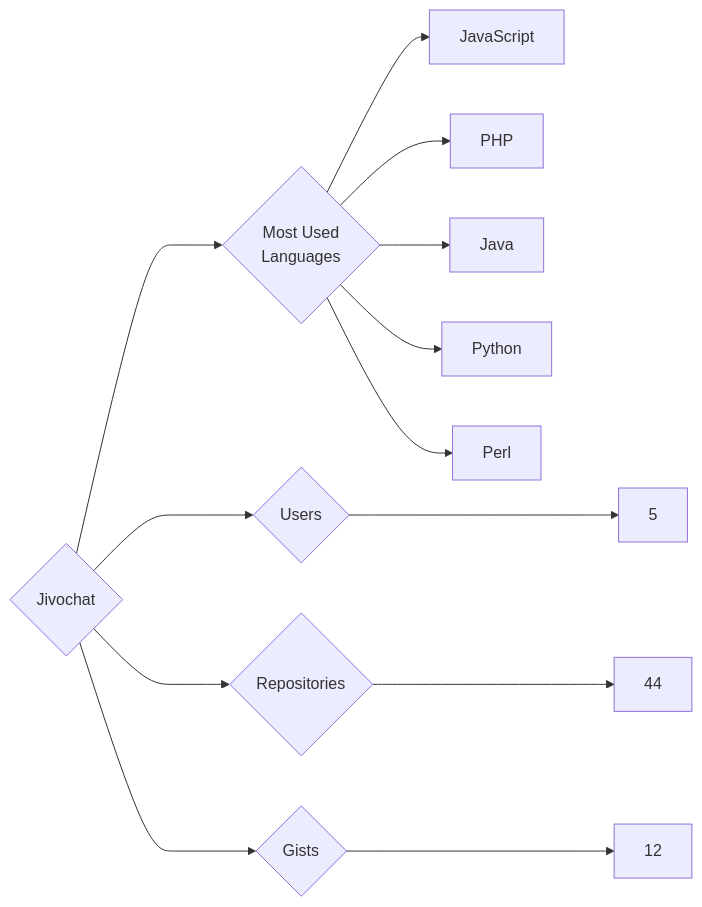
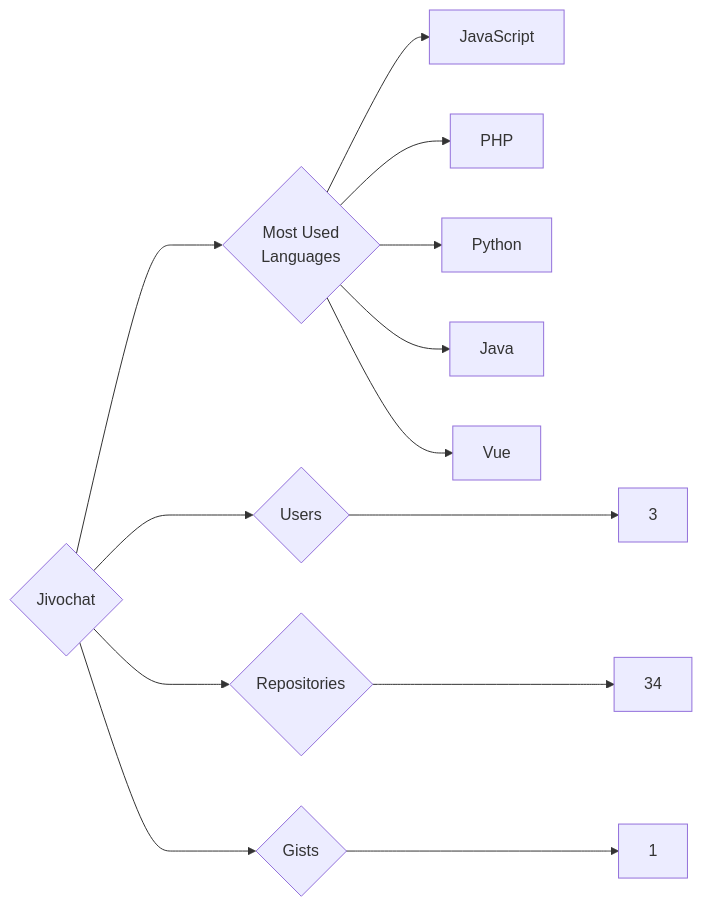
One commit to trickest/insiders changed the diagram in targets/Jivochat/README.md. Above: the diagram before and after it, drawn with Mermaid. The commit also changed 809 other files, not shown here.

````diff
--- a/targets/Jivochat/README.md
+++ b/targets/Jivochat/README.md
@@ -3,13 +3,13 @@
 ```mermaid
 graph LR
 COMPANY_NAME{Jivochat}
-COMPANY_NAME ---> U{Users} ---> UN[5]
-COMPANY_NAME ---> R{Repositories} ---> RN[44]
-COMPANY_NAME ---> G{Gists} ---> GN[12]
+COMPANY_NAME ---> U{Users} ---> UN[3]
+COMPANY_NAME ---> R{Repositories} ---> RN[34]
+COMPANY_NAME ---> G{Gists} ---> GN[1]
 COMPANY_NAME ---> ML{Most Used<br>Languages}
 ML --> JavaScript[JavaScript]
 ML --> PHP[PHP]
+ML --> Python[Python]
 ML --> Java[Java]
-ML --> Python[Python]
-ML --> Perl[Perl]
+ML --> Vue[Vue]
 ```
````
